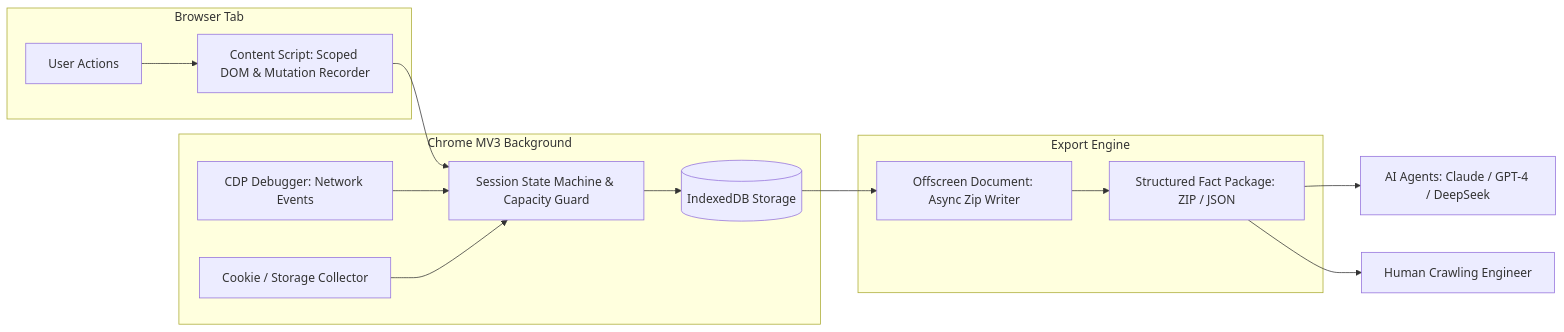
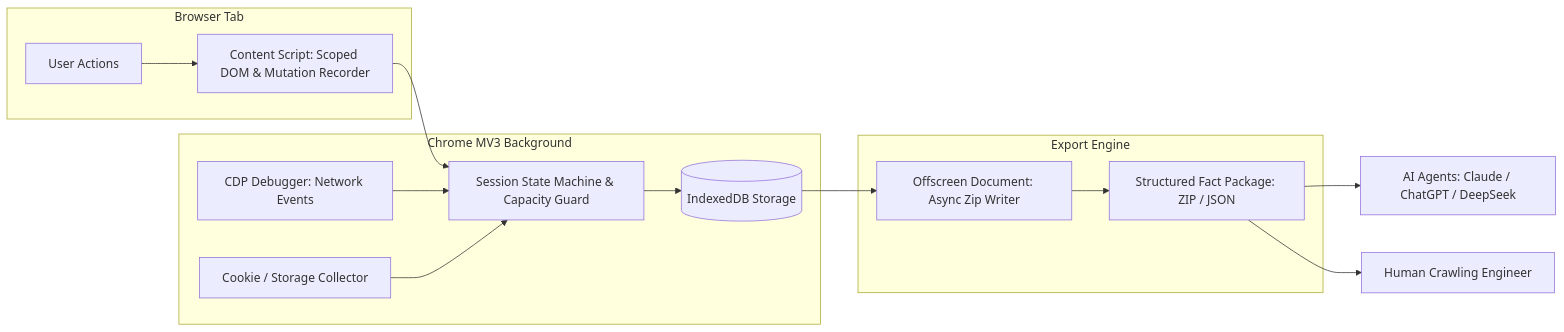
One commit to AiYeyeye/ai-crawler-helper-plugin changed the diagram in README.md. Above: the diagram before and after it, drawn with Mermaid. The commit also changed other lines of this file and 9 other files, not shown here.

````diff
--- a/README.md
+++ b/README.md
@@ -41,24 +41,24 @@
 ```mermaid
 flowchart LR
     subgraph Browser Tab
         User[User Actions] --> ContentScript[Content Script: Scoped DOM & Mutation Recorder]
     end
 
     subgraph Chrome MV3 Background
         Debugger[CDP Debugger: Network Events]
         Cookies[Cookie / Storage Collector]
         SM[Session State Machine & Capacity Guard]
         ContentScript --> SM
         Debugger --> SM
         Cookies --> SM
         SM --> DB[(IndexedDB Storage)]
     end
 
     subgraph Export Engine
         DB --> Offscreen[Offscreen Document: Async Zip Writer]
         Offscreen --> FactPackage[Structured Fact Package: ZIP / JSON]
     end
 
-    FactPackage --> AI[AI Agents: Claude / GPT-4 / DeepSeek]
+    FactPackage --> AI[AI Agents: Claude / ChatGPT / DeepSeek]
     FactPackage --> Human[Human Crawling Engineer]
 ```
````
